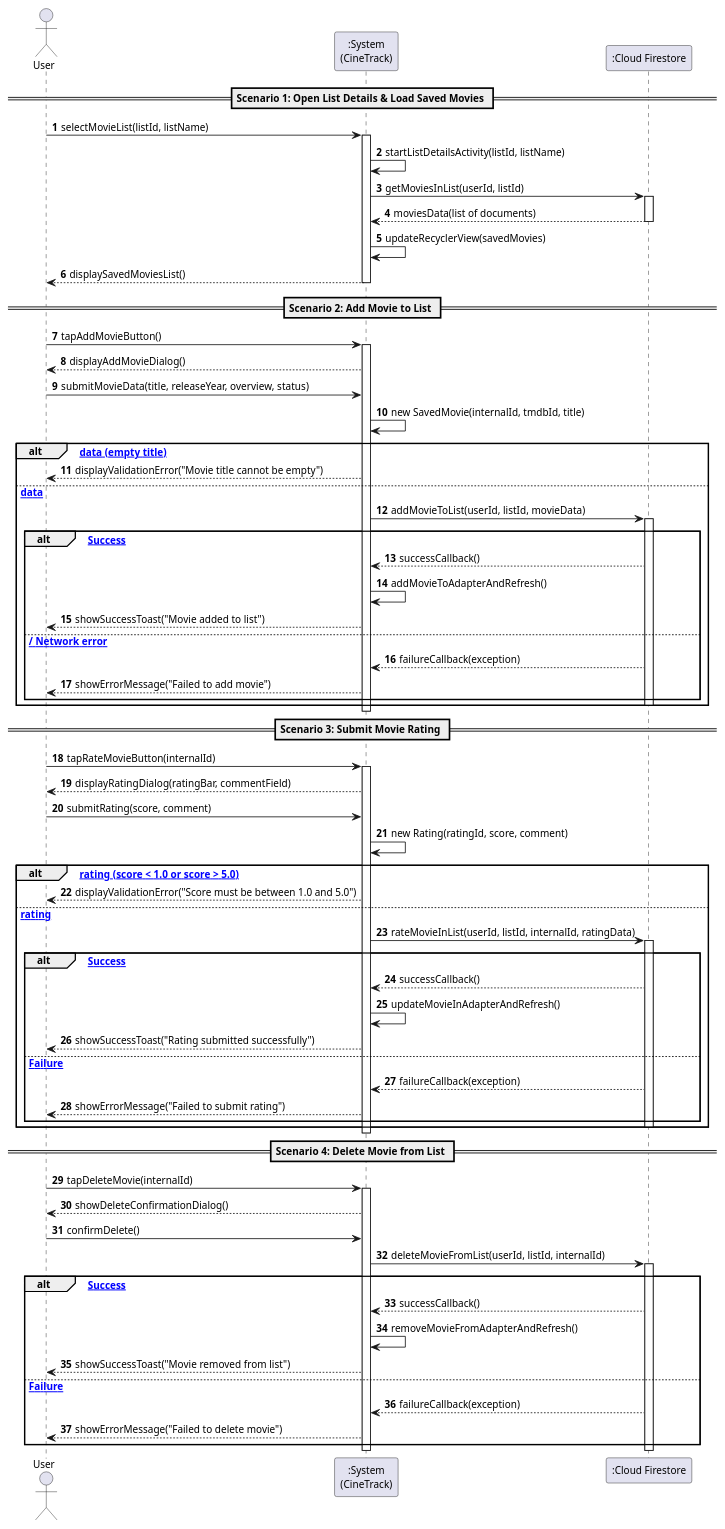
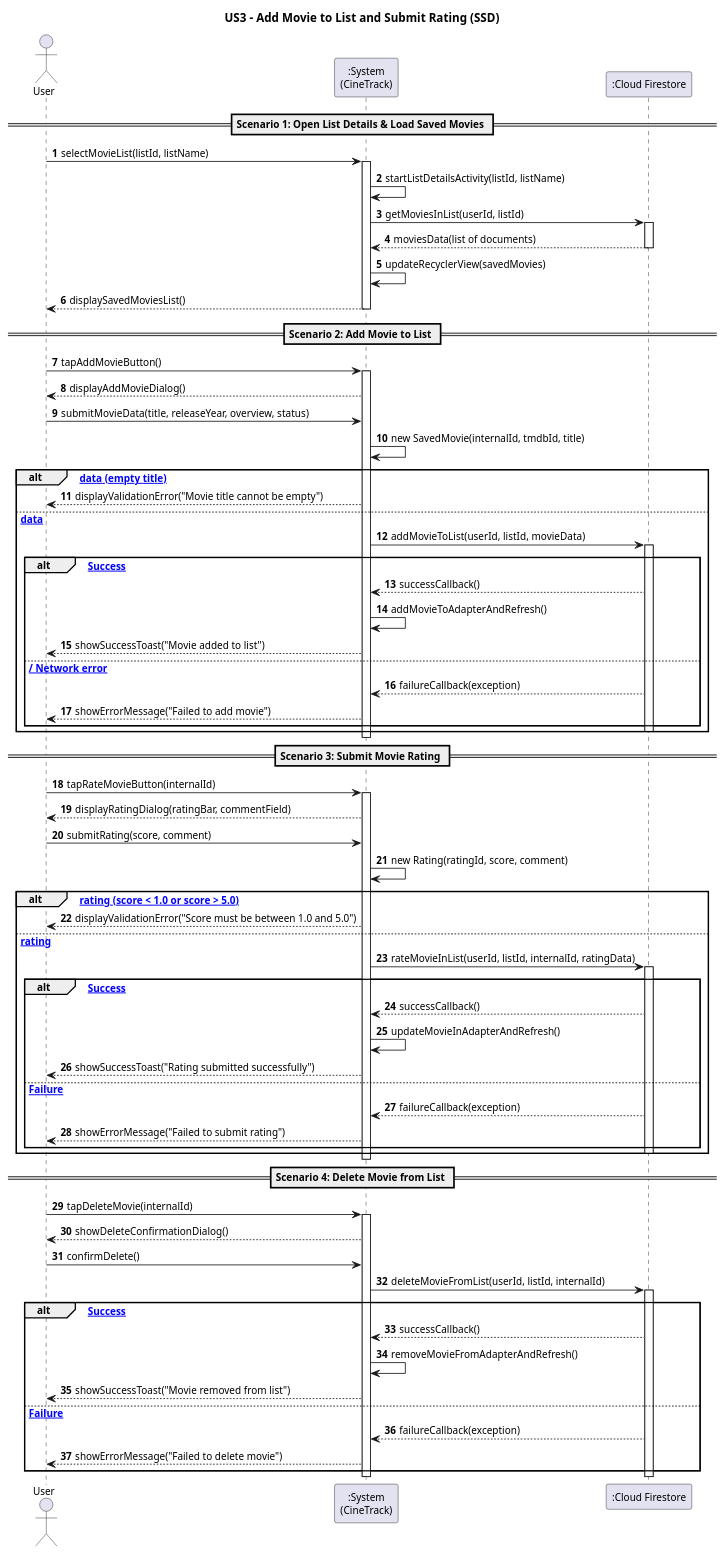
Before and after one commit to Andre-1240567/DSSMV_ProjectDroid_1240567_1241013: the diagram in docs/Use Cases/US3/puml/ssd_us3_add_movies_and_ratings.puml, drawn with PlantUML. The commit also changed 62 other files, not shown here.

Commit message:
docs: add standard 'USX - (Functionality)' titles to all sequence diagrams

```diff
--- a/docs/Use Cases/US3/puml/ssd_us3_add_movies_and_ratings.puml
+++ b/docs/Use Cases/US3/puml/ssd_us3_add_movies_and_ratings.puml
@@ -1,104 +1,106 @@
 @startuml
 skinparam monochrome false
 skinparam shadowing false
 skinparam defaultFontName "Helvetica, Arial, sans-serif"
 skinparam defaultFontSize 12
+
+title US3 - Add Movie to List and Submit Rating (SSD)
 
 actor "User" as User
 participant ":System\n(CineTrack)" as System
 participant ":Cloud Firestore" as Firestore
 
 autonumber
 
 == Scenario 1: Open List Details & Load Saved Movies ==
 
 User -> System : selectMovieList(listId, listName)
 activate System
 
 System -> System : startListDetailsActivity(listId, listName)
 System -> Firestore : getMoviesInList(userId, listId)
 activate Firestore
 Firestore --> System : moviesData(list of documents)
 deactivate Firestore
 
 System -> System : updateRecyclerView(savedMovies)
 System --> User : displaySavedMoviesList()
 deactivate System
 
 == Scenario 2: Add Movie to List ==
 
 User -> System : tapAddMovieButton()
 activate System
 System --> User : displayAddMovieDialog()
 
 User -> System : submitMovieData(title, releaseYear, overview, status)
 System -> System : new SavedMovie(internalId, tmdbId, title)
 
 alt [Invalid data (empty title)]
     System --> User : displayValidationError("Movie title cannot be empty")
 else [Valid data]
     System -> Firestore : addMovieToList(userId, listId, movieData)
     activate Firestore
     
     alt [Success]
         Firestore --> System : successCallback()
         System -> System : addMovieToAdapterAndRefresh()
         System --> User : showSuccessToast("Movie added to list")
     else [Failure / Network error]
         Firestore --> System : failureCallback(exception)
         System --> User : showErrorMessage("Failed to add movie")
     end
     deactivate Firestore
 end
 deactivate System
 
 == Scenario 3: Submit Movie Rating ==
 
 User -> System : tapRateMovieButton(internalId)
 activate System
 System --> User : displayRatingDialog(ratingBar, commentField)
 
 User -> System : submitRating(score, comment)
 System -> System : new Rating(ratingId, score, comment)
 
 alt [Invalid rating (score < 1.0 or score > 5.0)]
     System --> User : displayValidationError("Score must be between 1.0 and 5.0")
 else [Valid rating]
     System -> Firestore : rateMovieInList(userId, listId, internalId, ratingData)
     activate Firestore
     
     alt [Success]
         Firestore --> System : successCallback()
         System -> System : updateMovieInAdapterAndRefresh()
         System --> User : showSuccessToast("Rating submitted successfully")
     else [Failure]
         Firestore --> System : failureCallback(exception)
         System --> User : showErrorMessage("Failed to submit rating")
     end
     deactivate Firestore
 end
 deactivate System
 
 == Scenario 4: Delete Movie from List ==
 
 User -> System : tapDeleteMovie(internalId)
 activate System
 System --> User : showDeleteConfirmationDialog()
 
 User -> System : confirmDelete()
 System -> Firestore : deleteMovieFromList(userId, listId, internalId)
 activate Firestore
 
 alt [Success]
     Firestore --> System : successCallback()
     System -> System : removeMovieFromAdapterAndRefresh()
     System --> User : showSuccessToast("Movie removed from list")
 else [Failure]
     Firestore --> System : failureCallback(exception)
     System --> User : showErrorMessage("Failed to delete movie")
 end
 deactivate Firestore
 
 deactivate System
 
 @enduml
```
